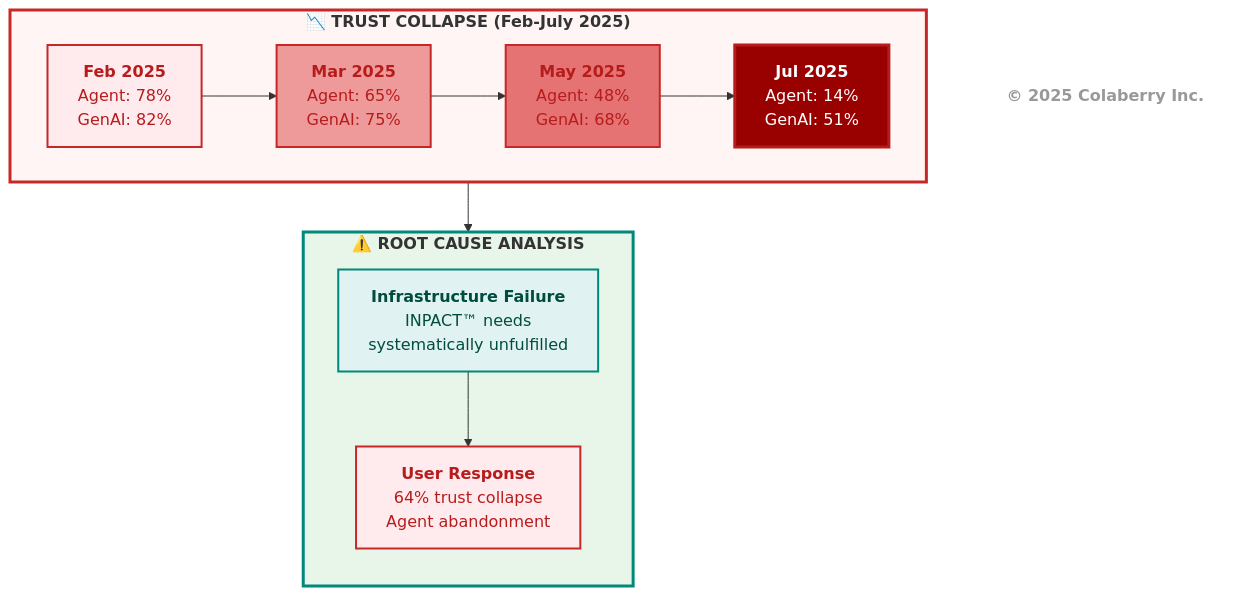
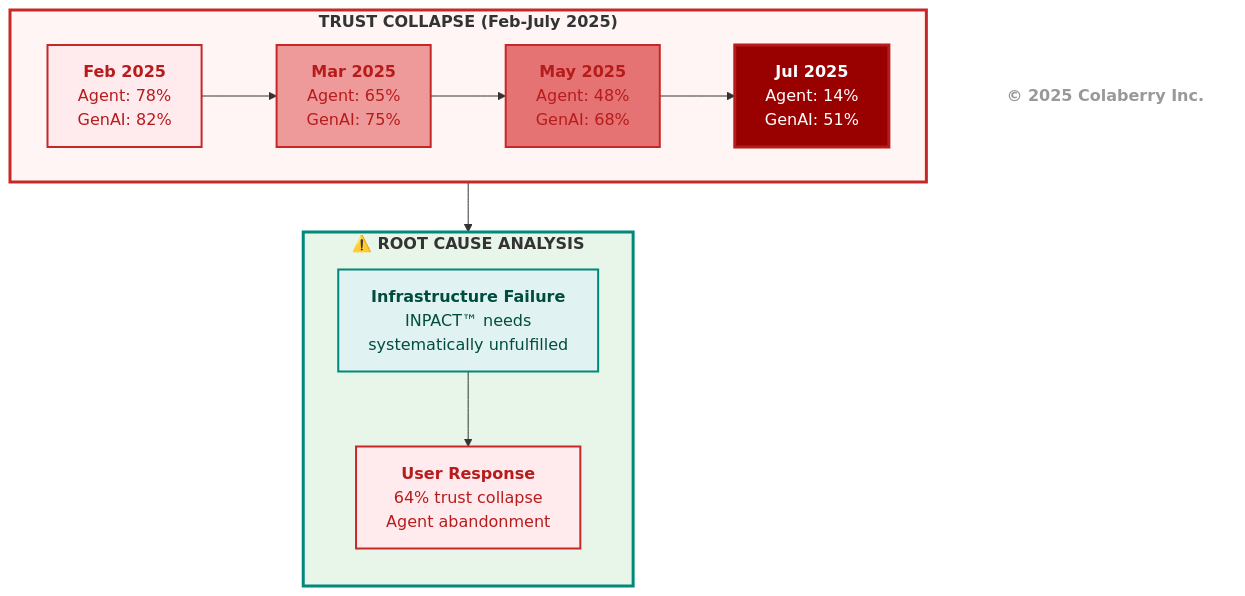
The first of 5 diagrams in manuscript/chapter_1_why_agents_fail_v2_7_FINAL.md (saitejesh-cyber/trust-before-intelligence-book), drawn with Mermaid before and after one commit.

Commit message:
image header update
image header update

````diff
--- a/manuscript/chapter_1_why_agents_fail_v2_7_FINAL.md
+++ b/manuscript/chapter_1_why_agents_fail_v2_7_FINAL.md
@@ -112,41 +112,41 @@
 ```mermaid
 graph TB
-    subgraph timeline["<b>📉 TRUST COLLAPSE (Feb-July 2025)</b>"]
+    subgraph timeline["<b>TRUST COLLAPSE (Feb-July 2025)</b>"]
         direction LR
         
         FEB["<b>Feb 2025</b><br/>Agent: 78%<br/>GenAI: 82%"]
         
         MAR["<b>Mar 2025</b><br/>Agent: 65%<br/>GenAI: 75%"]
         
         MAY["<b>May 2025</b><br/>Agent: 48%<br/>GenAI: 68%"]
         
         JUL["<b>Jul 2025</b><br/>Agent: 14%<br/>GenAI: 51%"]
         
         FEB --> MAR --> MAY --> JUL
     end
     
     subgraph analysis["<b>⚠️ ROOT CAUSE ANALYSIS</b>"]
         direction TB
         
         CAUSE["<b>Infrastructure Failure</b><br/>INPACT™ needs<br/>systematically unfulfilled"]
         
         RESULT["<b>User Response</b><br/>64% trust collapse<br/>Agent abandonment"]
         
         CAUSE --> RESULT
     end
     
     timeline --> analysis
     
     style timeline fill:#fff5f5,stroke:#c62828,stroke-width:3px
     style FEB fill:#ffebee,stroke:#c62828,stroke-width:2px,color:#b71c1c
     style MAR fill:#ef9a9a,stroke:#c62828,stroke-width:2px,color:#b71c1c
     style MAY fill:#e57373,stroke:#c62828,stroke-width:2px,color:#b71c1c
     style JUL fill:#990000,stroke:#b71c1c,stroke-width:3px,color:#ffffff
     
     style analysis fill:#e8f5e9,stroke:#00897b,stroke-width:3px
     style CAUSE fill:#e0f2f1,stroke:#00897b,stroke-width:2px,color:#004d40
     style RESULT fill:#ffebee,stroke:#c62828,stroke-width:2px,color:#b71c1c
     
     CR["<b>© 2025 Colaberry Inc.</b>"]
     style CR fill:none,stroke:none,color:#999999
 ```
````
